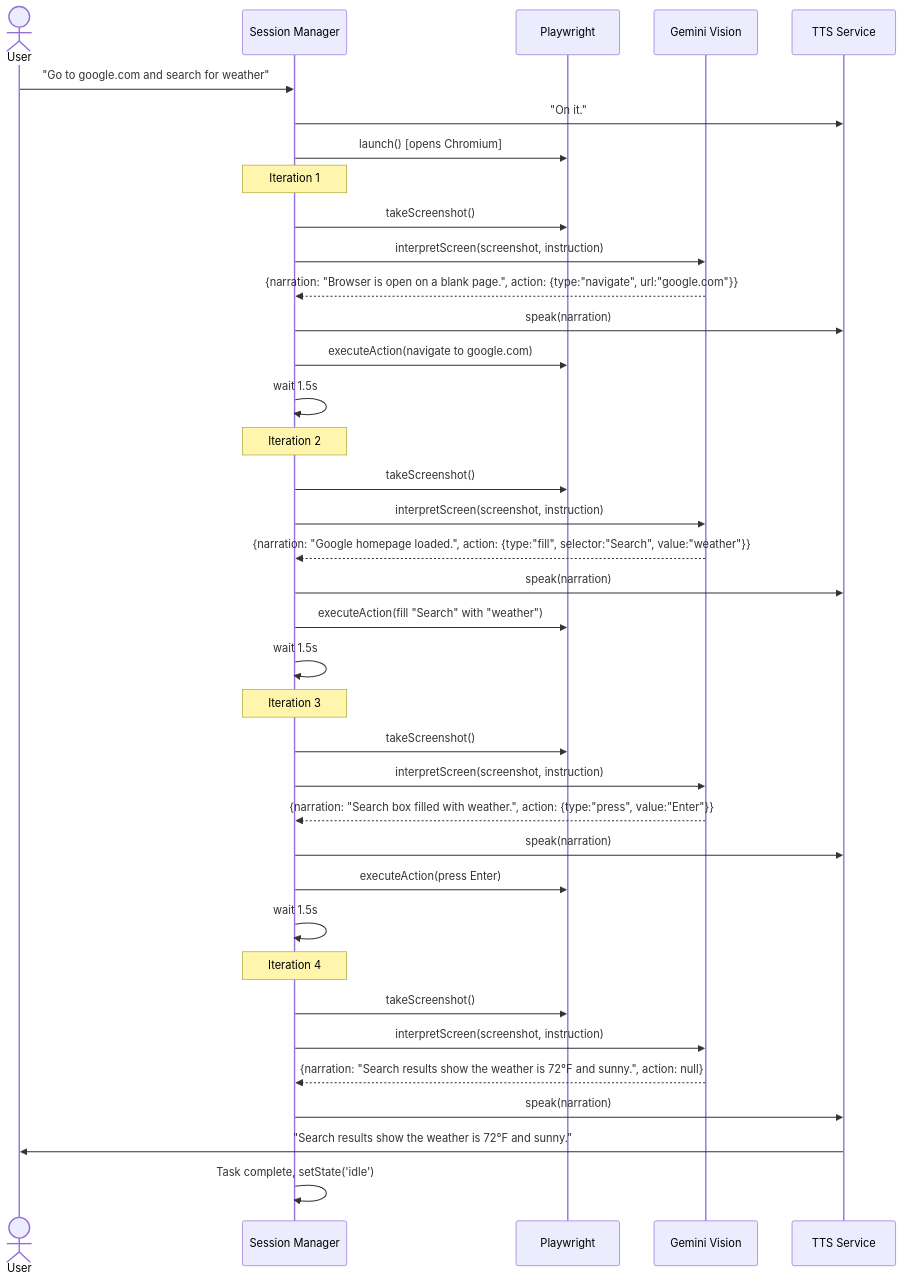
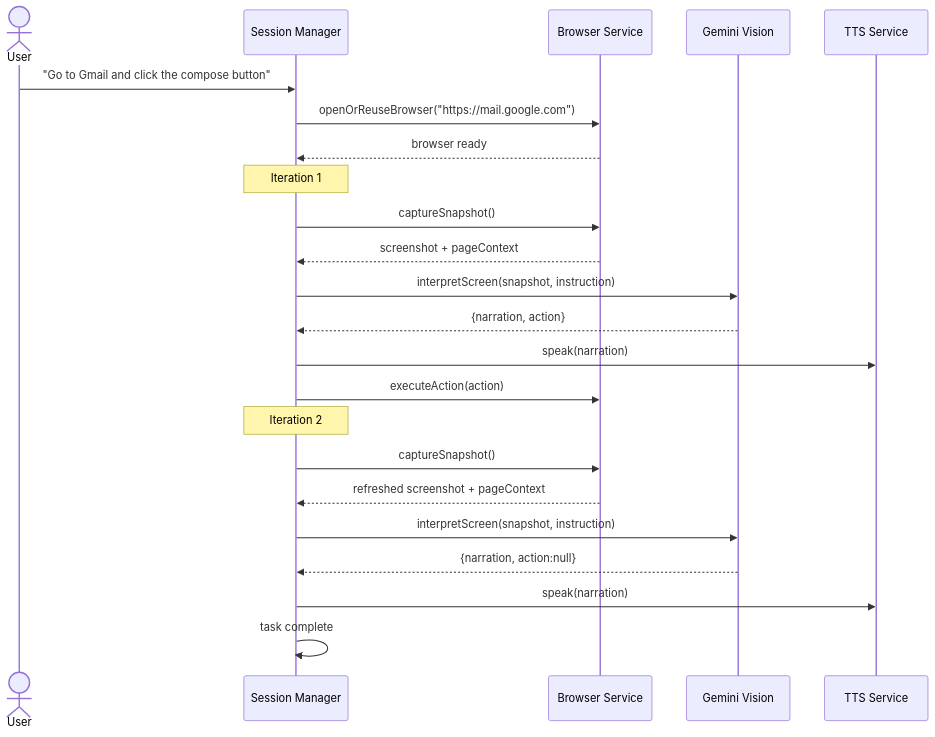
One commit to Manoj7ar/Sally changed the fifth of 7 diagrams in docs/architecture.md. Above: the diagram before and after it, drawn with Mermaid. The commit also changed other lines of this file and 21 other files, not shown here.

````diff
--- a/docs/architecture.md
+++ b/docs/architecture.md
@@ -771,44 +823,28 @@
 ```mermaid
 sequenceDiagram
     actor User
     participant SES as Session Manager
-    participant PLW as Playwright
+    participant BRS as Browser Service
     participant GEM as Gemini Vision
     participant TTS as TTS Service
 
-    User->>SES: "Go to google.com and search for weather"
-    SES->>TTS: "On it."
-    SES->>PLW: launch() [opens Chromium]
+    User->>SES: "Go to Gmail and click the compose button"
+    SES->>BRS: openOrReuseBrowser("https://mail.google.com")
+    BRS-->>SES: browser ready
 
     Note over SES: Iteration 1
-    SES->>PLW: takeScreenshot()
-    SES->>GEM: interpretScreen(screenshot, instruction)
-    GEM-->>SES: {narration: "Browser is open on a blank page.", action: {type:"navigate", url:"google.com"}}
+    SES->>BRS: captureSnapshot()
+    BRS-->>SES: screenshot + pageContext
+    SES->>GEM: interpretScreen(snapshot, instruction)
+    GEM-->>SES: {narration, action}
     SES->>TTS: speak(narration)
-    SES->>PLW: executeAction(navigate to google.com)
-    SES->>SES: wait 1.5s
+    SES->>BRS: executeAction(action)
 
     Note over SES: Iteration 2
-    SES->>PLW: takeScreenshot()
-    SES->>GEM: interpretScreen(screenshot, instruction)
-    GEM-->>SES: {narration: "Google homepage loaded.", action: {type:"fill", selector:"Search", value:"weather"}}
+    SES->>BRS: captureSnapshot()
+    BRS-->>SES: refreshed screenshot + pageContext
+    SES->>GEM: interpretScreen(snapshot, instruction)
+    GEM-->>SES: {narration, action:null}
     SES->>TTS: speak(narration)
-    SES->>PLW: executeAction(fill "Search" with "weather")
-    SES->>SES: wait 1.5s
-
-    Note over SES: Iteration 3
-    SES->>PLW: takeScreenshot()
-    SES->>GEM: interpretScreen(screenshot, instruction)
-    GEM-->>SES: {narration: "Search box filled with weather.", action: {type:"press", value:"Enter"}}
-    SES->>TTS: speak(narration)
-    SES->>PLW: executeAction(press Enter)
-    SES->>SES: wait 1.5s
-
-    Note over SES: Iteration 4
-    SES->>PLW: takeScreenshot()
-    SES->>GEM: interpretScreen(screenshot, instruction)
-    GEM-->>SES: {narration: "Search results show the weather is 72°F and sunny.", action: null}
-    SES->>TTS: speak(narration)
-    TTS->>User: "Search results show the weather is 72°F and sunny."
-    SES->>SES: Task complete, setState('idle')
+    SES->>SES: task complete
 ```
````
